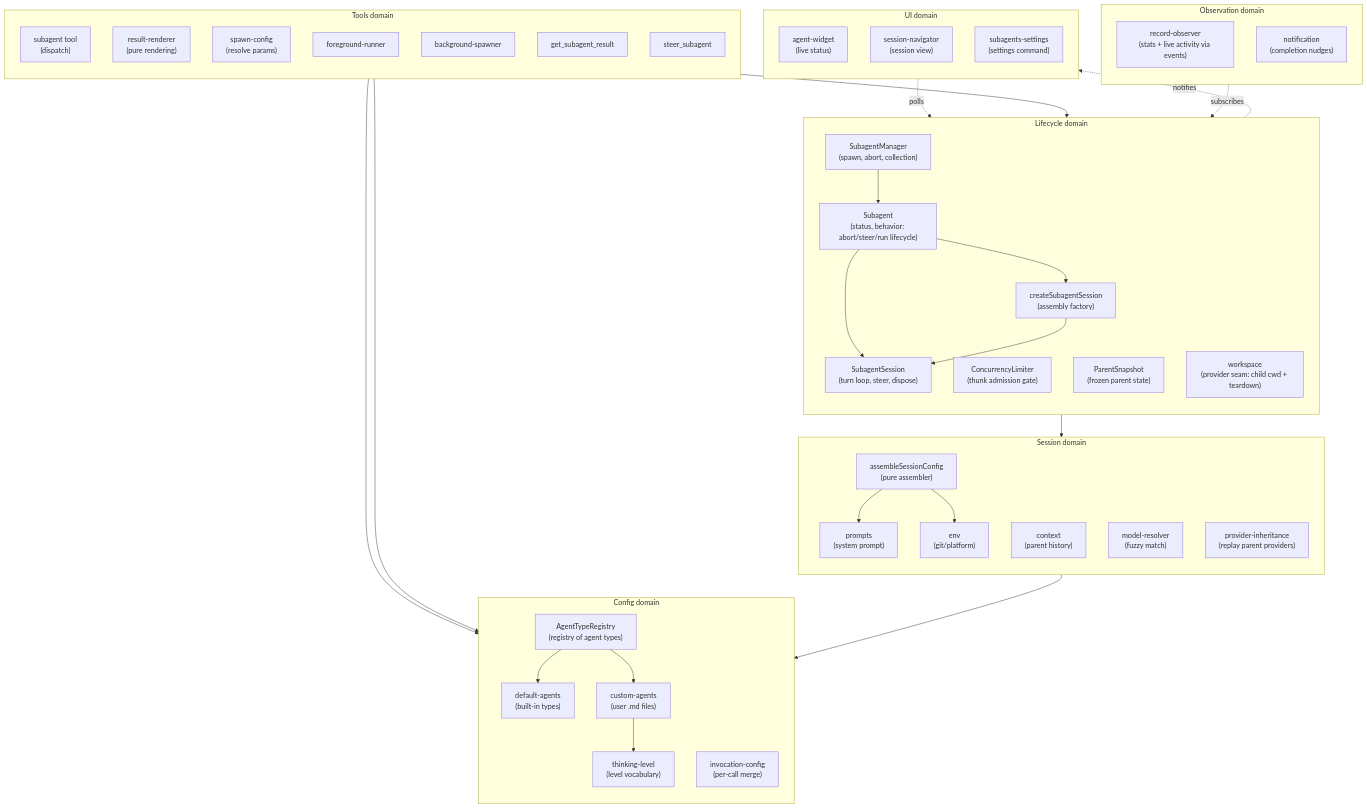
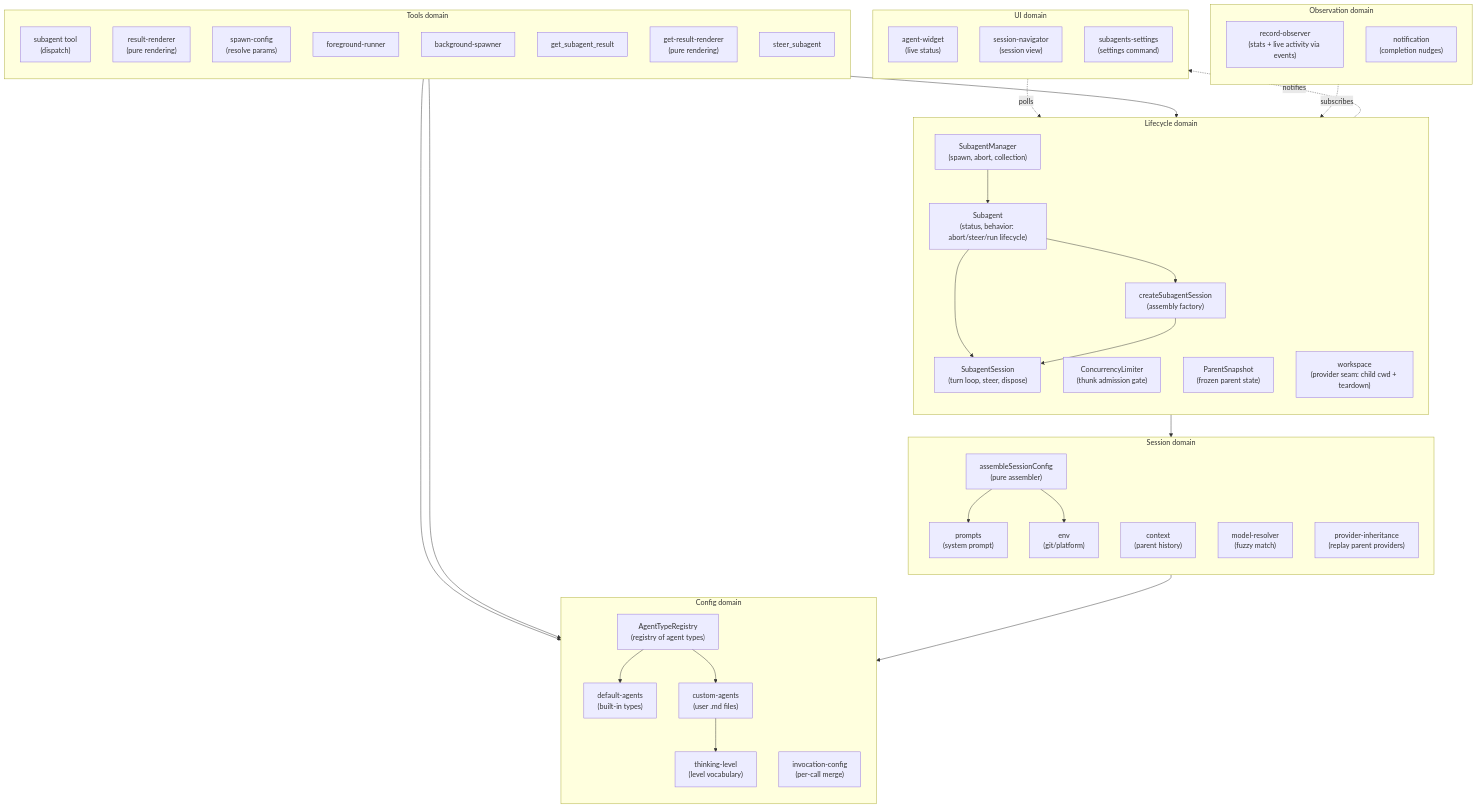
Before and after one commit to gotgenes/pi-packages: the first of 6 diagrams in packages/pi-subagents/docs/architecture/architecture.md, drawn with Mermaid. The commit also changed other lines of this file and 1 other file, not shown here.

Commit message:
docs(pi-subagents): document the compact result presentation

````diff
--- a/packages/pi-subagents/docs/architecture/architecture.md
+++ b/packages/pi-subagents/docs/architecture/architecture.md
@@ -67,70 +67,71 @@
 ```mermaid
 flowchart TB
     subgraph config["Config domain"]
         direction TB
         AgentTypeRegistry["AgentTypeRegistry<br/>(registry of agent types)"]
         DefaultAgents["default-agents<br/>(built-in types)"]
         CustomAgents["custom-agents<br/>(user .md files)"]
         InvocationConfig["invocation-config<br/>(per-call merge)"]
         ThinkingLevelModule["thinking-level<br/>(level vocabulary)"]
     end
 
     subgraph session["Session domain"]
         direction TB
         SessionConfig["assembleSessionConfig<br/>(pure assembler)"]
         Prompts["prompts<br/>(system prompt)"]
         Context["context<br/>(parent history)"]
         Env["env<br/>(git/platform)"]
         ModelResolver["model-resolver<br/>(fuzzy match)"]
         ProviderInheritance["provider-inheritance<br/>(replay parent providers)"]
     end
 
     subgraph lifecycle["Lifecycle domain"]
         direction TB
         SubagentManager["SubagentManager<br/>(spawn, abort, collection)"]
         ConcurrencyLimiter["ConcurrencyLimiter<br/>(thunk admission gate)"]
         CreateSubagentSession["createSubagentSession<br/>(assembly factory)"]
         SubagentSession["SubagentSession<br/>(turn loop, steer, dispose)"]
         Subagent["Subagent<br/>(status, behavior: abort/steer/run lifecycle)"]
         ParentSnapshot["ParentSnapshot<br/>(frozen parent state)"]
         Workspace["workspace<br/>(provider seam: child cwd + teardown)"]
     end
 
     subgraph observation["Observation domain"]
         direction TB
         RecordObserver["record-observer<br/>(stats + live activity via events)"]
         Notification["notification<br/>(completion nudges)"]
     end
 
     subgraph tools["Tools domain"]
         direction TB
         AgentTool["subagent tool<br/>(dispatch)"]
         ResultRenderer["result-renderer<br/>(pure rendering)"]
         SpawnConfig["spawn-config<br/>(resolve params)"]
         FgRunner["foreground-runner"]
         BgSpawner["background-spawner"]
         GetResult["get_subagent_result"]
+        GetResultRenderer["get-result-renderer<br/>(pure rendering)"]
         Steer["steer_subagent"]
     end
 
     subgraph ui["UI domain"]
         direction TB
         Widget["agent-widget<br/>(live status)"]
         Sessions["session-navigator<br/>(session view)"]
         Settings["subagents-settings<br/>(settings command)"]
     end
 
     AgentTool --> SubagentManager
     SubagentManager --> Subagent
     Subagent --> CreateSubagentSession & SubagentSession
     CreateSubagentSession --> SubagentSession
     CreateSubagentSession --> SessionConfig
     SessionConfig --> AgentTypeRegistry
     SessionConfig --> Prompts & Env
     AgentTypeRegistry --> DefaultAgents & CustomAgents
     SpawnConfig --> InvocationConfig & ThinkingLevelModule
     CustomAgents --> ThinkingLevelModule
     RecordObserver -.->|subscribes| SubagentSession
     Widget -.->|polls| SubagentManager
     SubagentManager -.->|notifies| Widget
 ```
````
